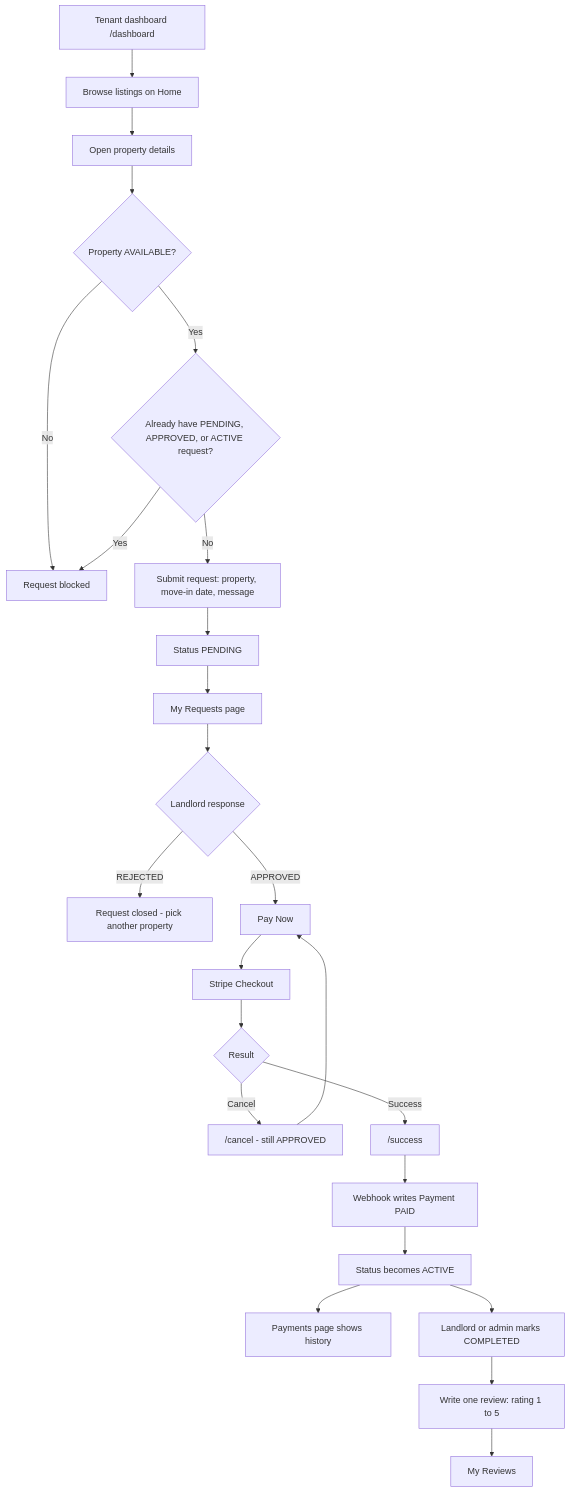
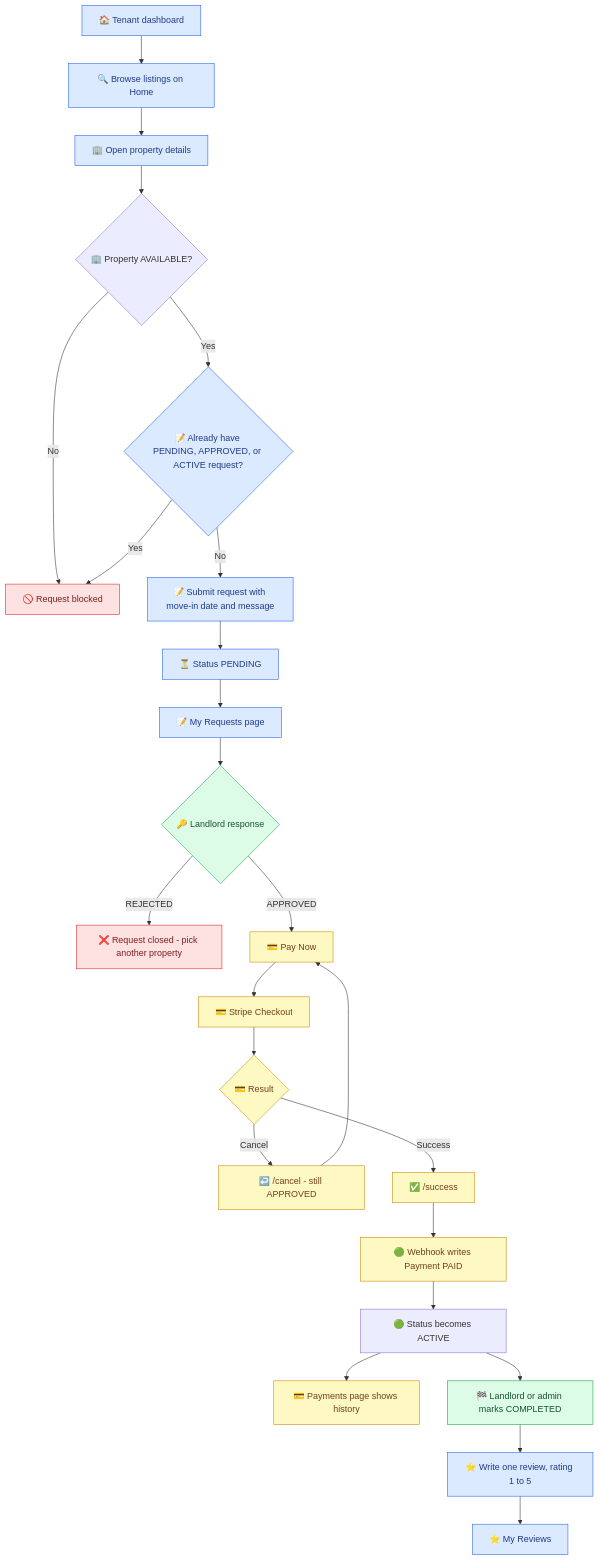
One commit to kaziashik/rentnest_frontend- changed the fifth of 12 diagrams in RentNest-full-workflow.md. Above: the diagram before and after it, drawn with Mermaid. The commit also changed other lines of this file, not shown here.

````diff
--- a/RentNest-full-workflow.md
+++ b/RentNest-full-workflow.md
@@ -127,26 +175,35 @@
 ```mermaid
 flowchart TD
-    A["Tenant dashboard /dashboard"] --> B[Browse listings on Home]
-    B --> C[Open property details]
-    C --> D{Property AVAILABLE?}
-    D -- No --> E[Request blocked]
-    D -- Yes --> F{"Already have PENDING, APPROVED, or ACTIVE request?"}
+    A["🏠 Tenant dashboard"] --> B["🔍 Browse listings on Home"]
+    B --> C["🏢 Open property details"]
+    C --> D{"🏢 Property AVAILABLE?"}
+    D -- No --> E["🚫 Request blocked"]
+    D -- Yes --> F{"📝 Already have PENDING, APPROVED, or ACTIVE request?"}
     F -- Yes --> E
-    F -- No --> G["Submit request: property, move-in date, message"]
-    G --> H[Status PENDING]
-    H --> I[My Requests page]
-    I --> J{Landlord response}
-    J -- REJECTED --> K["Request closed - pick another property"]
-    J -- APPROVED --> L[Pay Now]
-    L --> M[Stripe Checkout]
-    M --> N{Result}
-    N -- Cancel --> O["/cancel - still APPROVED"]
+    F -- No --> G["📝 Submit request with move-in date and message"]
+    G --> H["⏳ Status PENDING"]
+    H --> I["📝 My Requests page"]
+    I --> J{"🔑 Landlord response"}
+    J -- REJECTED --> K["❌ Request closed - pick another property"]
+    J -- APPROVED --> L["💳 Pay Now"]
+    L --> M["💳 Stripe Checkout"]
+    M --> N{"💳 Result"}
+    N -- Cancel --> O["↩️ /cancel - still APPROVED"]
     O --> L
-    N -- Success --> P["/success"]
-    P --> Q[Webhook writes Payment PAID]
-    Q --> R[Status becomes ACTIVE]
-    R --> S[Payments page shows history]
-    R --> T[Landlord or admin marks COMPLETED]
-    T --> U[Write one review: rating 1 to 5]
-    U --> V[My Reviews]
+    N -- Success --> P["✅ /success"]
+    P --> Q["🟢 Webhook writes Payment PAID"]
+    Q --> R["🟢 Status becomes ACTIVE"]
+    R --> S["💳 Payments page shows history"]
+    R --> T["🏁 Landlord or admin marks COMPLETED"]
+    T --> U["⭐ Write one review, rating 1 to 5"]
+    U --> V["⭐ My Reviews"]
+
+    classDef tenant fill:#dbeafe,stroke:#2563eb,color:#1e3a8a
+    classDef landlord fill:#dcfce7,stroke:#16a34a,color:#14532d
+    classDef pay fill:#fef9c3,stroke:#ca8a04,color:#713f12
+    classDef blocked fill:#fee2e2,stroke:#dc2626,color:#7f1d1d
+    class A,B,C,F,G,H,I,U,V tenant
+    class J,T landlord
+    class L,M,N,O,P,Q,S pay
+    class E,K blocked
 ```
````
